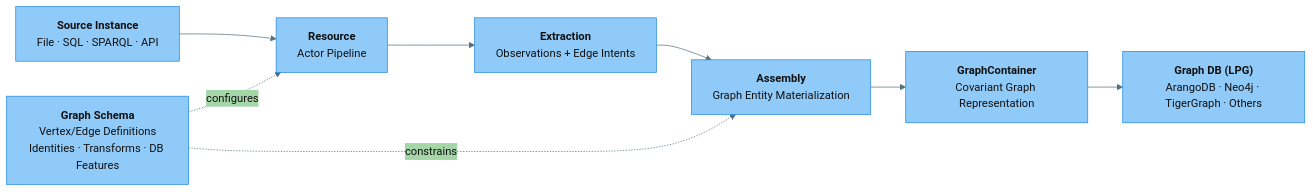
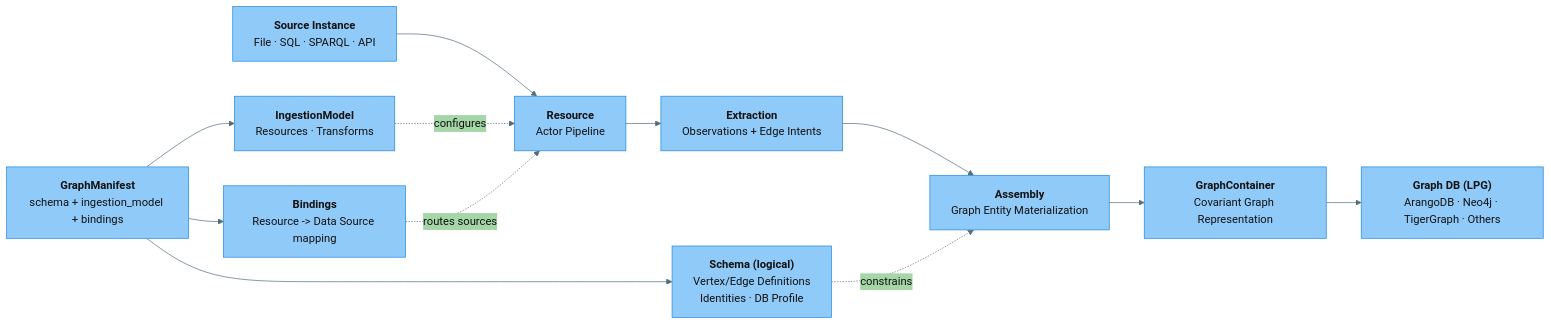
One commit to StevenBtw/graflo changed the first of 8 diagrams in docs/concepts/index.md. Above: the diagram before and after it, drawn with Mermaid. The commit also changed other lines of this file and 97 other files, not shown here.

````diff
--- a/docs/concepts/index.md
+++ b/docs/concepts/index.md
@@ -9,26 +9,33 @@
 ```mermaid
 %%{ init: { 
   "theme": "base",
   "themeVariables": {
     "primaryColor": "#90CAF9",
     "primaryTextColor": "#111111",
     "primaryBorderColor": "#1E88E5",
     "lineColor": "#546E7A",
     "secondaryColor": "#A5D6A7",
     "tertiaryColor": "#CE93D8"
   }
 } }%%
 
 flowchart LR
+    MF["<b>GraphManifest</b><br/>schema + ingestion_model + bindings"]
     SI["<b>Source Instance</b><br/>File · SQL · SPARQL · API"]
     R["<b>Resource</b><br/>Actor Pipeline"]
     EX["<b>Extraction</b><br/>Observations + Edge Intents"]
     AS["<b>Assembly</b><br/>Graph Entity Materialization"]
-    GS["<b>Graph Schema</b><br/>Vertex/Edge Definitions<br/>Identities · Transforms · DB Features"]
+    GS["<b>Schema (logical)</b><br/>Vertex/Edge Definitions<br/>Identities · DB Profile"]
+    IM["<b>IngestionModel</b><br/>Resources · Transforms"]
+    BD["<b>Bindings</b><br/>Resource -> Data Source mapping"]
     GC["<b>GraphContainer</b><br/>Covariant Graph Representation"]
     DB["<b>Graph DB (LPG)</b><br/>ArangoDB · Neo4j · TigerGraph · Others"]
 
+    MF --> GS
+    MF --> IM
+    MF --> BD
     SI --> R --> EX --> AS --> GC --> DB
-    GS -. configures .-> R
+    IM -. configures .-> R
     GS -. constrains .-> AS
+    BD -. routes sources .-> R
 ```
````
